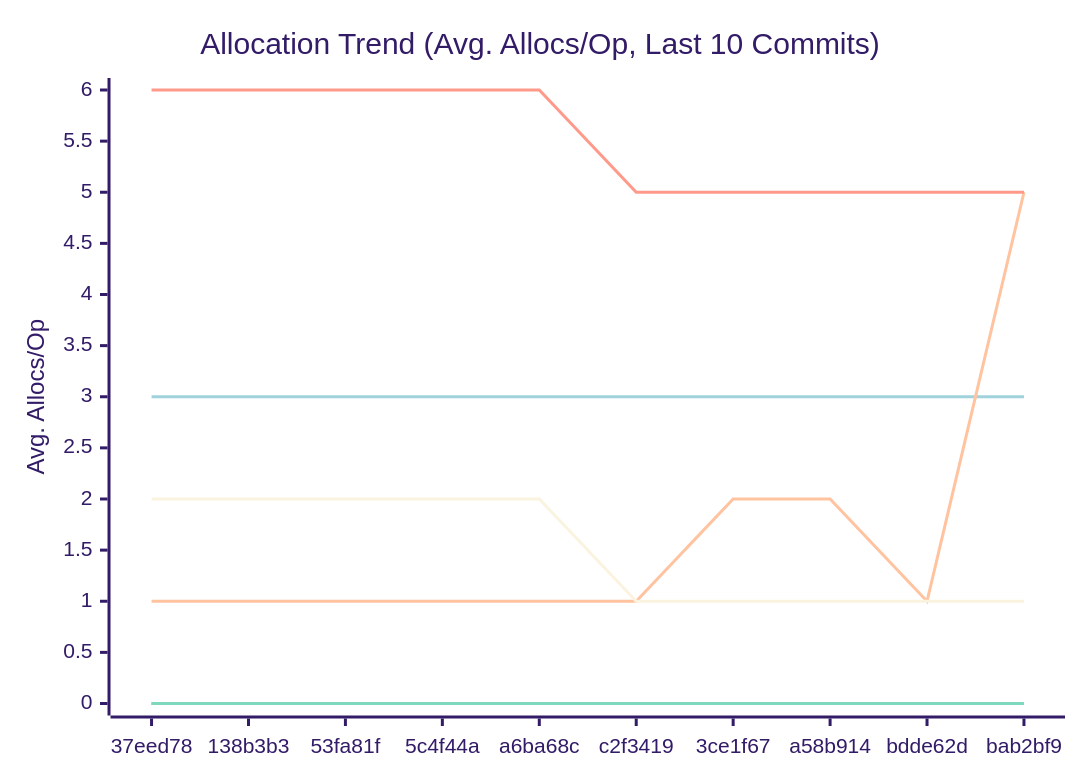
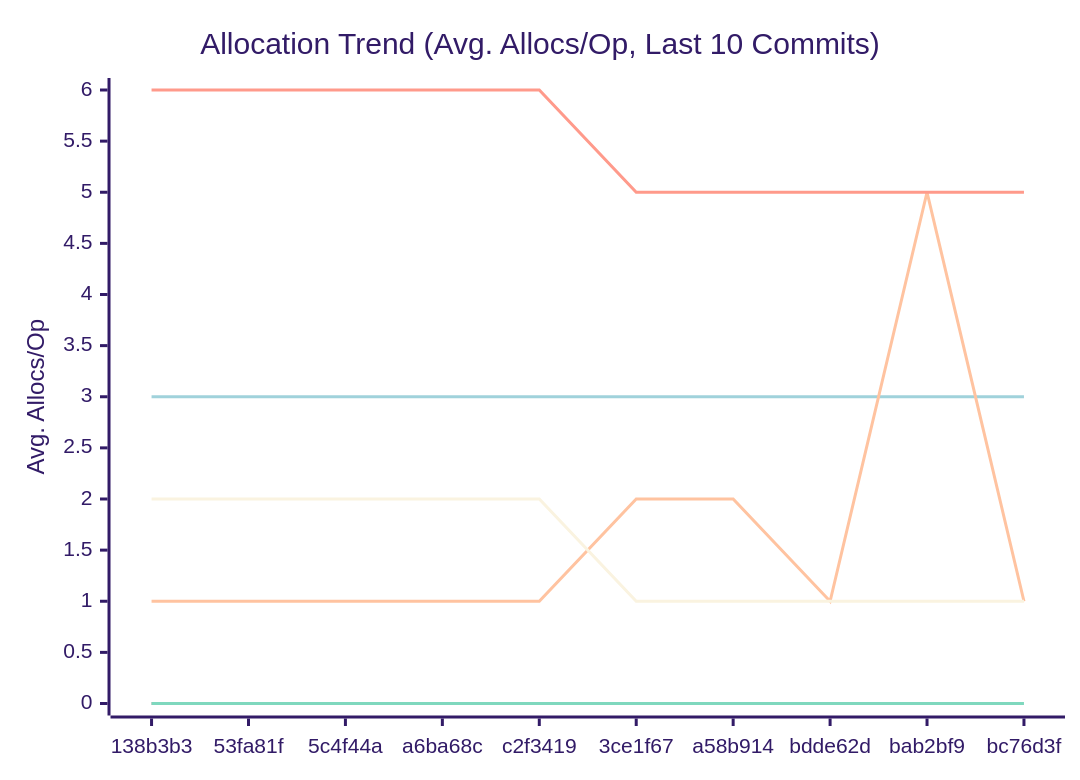
One commit to alsotoes/momo changed the third of 3 diagrams in docs/PERFORMANCE.md. Above: the diagram before and after it, drawn with Mermaid (forest theme). The commit also changed other lines of this file and 2 other files, not shown here.

First line of the commit message:
perf: move client_side_replication_modes parsing to GetConfig

````diff
--- a/docs/PERFORMANCE.md
+++ b/docs/PERFORMANCE.md
@@ -116,16 +116,16 @@
 ```mermaid
 xychart-beta
     title "Allocation Trend (Avg. Allocs/Op, Last 10 Commits)"
     x-axis "Commit"
     y-axis "Avg. Allocs/Op"
-    x-axis [37eed78,138b3b3,53fa81f,5c4f44a,a6ba68c,c2f3419,3ce1f67,a58b914,bdde62d,bab2bf9]
+    x-axis [138b3b3,53fa81f,5c4f44a,a6ba68c,c2f3419,3ce1f67,a58b914,bdde62d,bab2bf9,bc76d3f]
     line "CheckMetricsAndSwap" [0,0,0,0,0,0,0,0,0,0]
     line "CrushOptimized" [0,0,0,0,0,0,0,0,0,0]
     line "CrushOriginal" [3,3,3,3,3,3,3,3,3,3]
     line "IndexDirectTracking" [0,0,0,0,0,0,0,0,0,0]
     line "IndexSearch" [0,0,0,0,0,0,0,0,0,0]
-    line "LoadGlobalConfig" [1,1,1,1,1,1,2,2,1,5]
+    line "LoadGlobalConfig" [1,1,1,1,1,2,2,1,5,1]
     line "PadString" [0,0,0,0,0,0,0,0,0,0]
     line "ParseReplicationOrder_NoPrealloc" [6,6,6,6,6,5,5,5,5,5]
     line "ParseReplicationOrder_Prealloc" [2,2,2,2,2,1,1,1,1,1]
 ```
````
